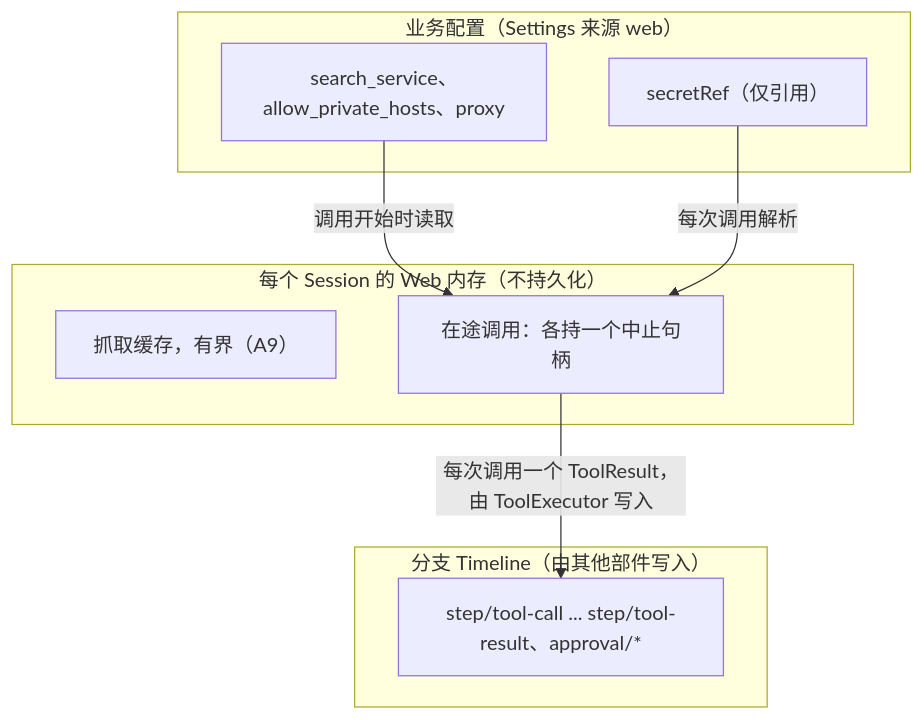
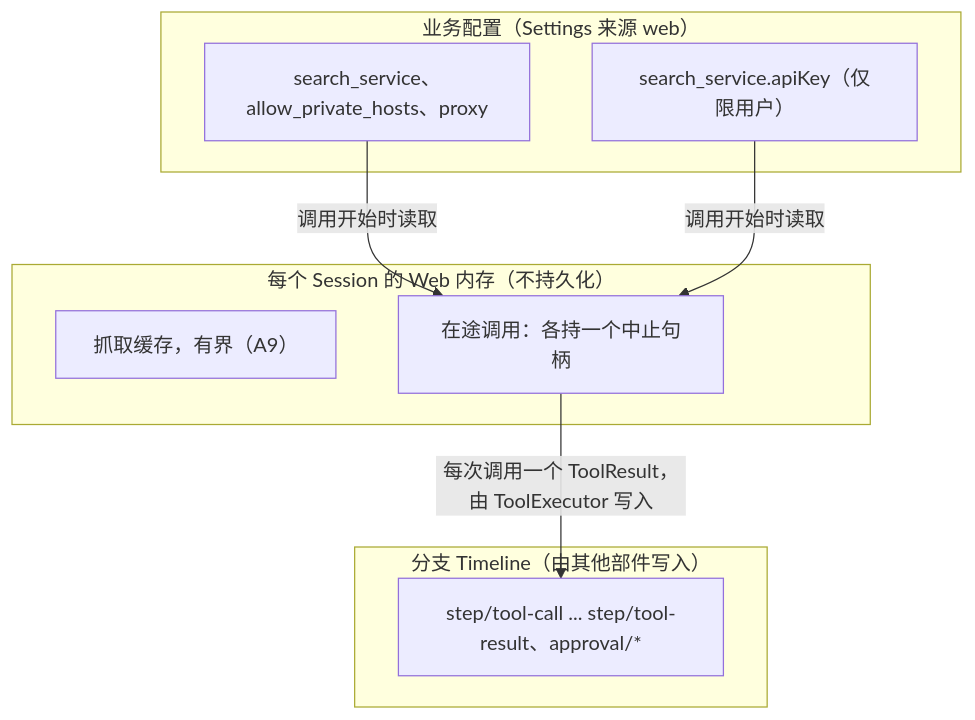
One commit to CoutinhoTTS/dim-agent changed the second of 5 diagrams in docs/zh/design/plugins/Web.md. Above: the diagram before and after it, drawn with Mermaid. The commit also changed other lines of this file and 1 other file, not shown here.

Commit message:
docs(web): own the search API key instead of a credentials resolver

````diff
--- a/docs/zh/design/plugins/Web.md
+++ b/docs/zh/design/plugins/Web.md
@@ -46,17 +44,17 @@
 ```mermaid
 flowchart TB
   subgraph CFG["业务配置（Settings 来源 web）"]
     WebCfg["search_service、allow_private_hosts、proxy"]
-    Secret["secretRef（仅引用）"]
+    Secret["search_service.apiKey（仅限用户）"]
   end
   subgraph MEM["每个 Session 的 Web 内存（不持久化）"]
     Cache["抓取缓存，有界（A9）"]
     Inflight["在途调用：各持一个中止句柄"]
   end
   subgraph TL["分支 Timeline（由其他部件写入）"]
     Calls["step/tool-call ... step/tool-result、approval/*"]
   end
   WebCfg -->|"调用开始时读取"| Inflight
-  Secret -->|"每次调用解析"| Inflight
+  Secret -->|"调用开始时读取"| Inflight
   Inflight -->|"每次调用一个 ToolResult，由 ToolExecutor 写入"| Calls
 ```
````
